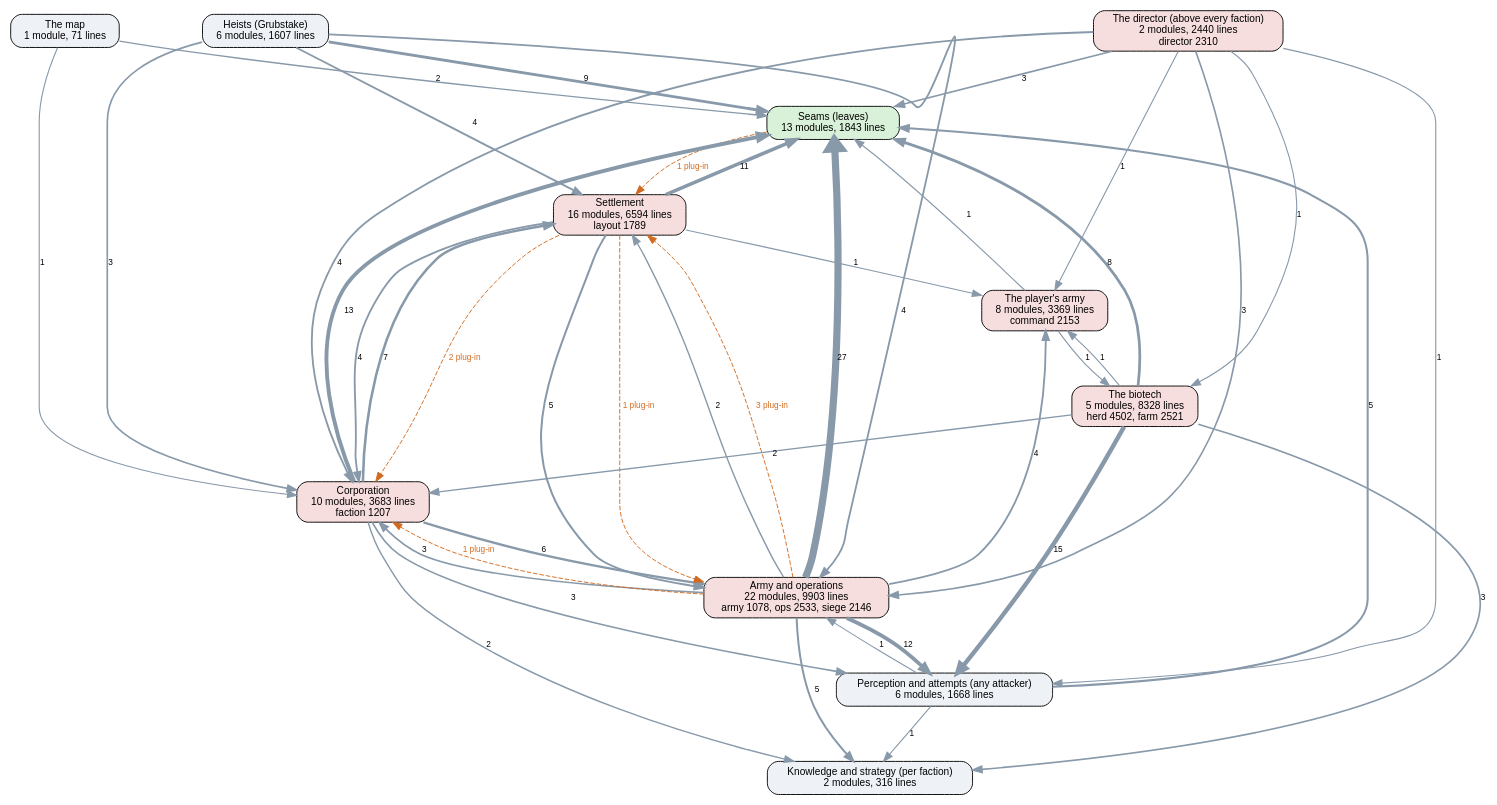
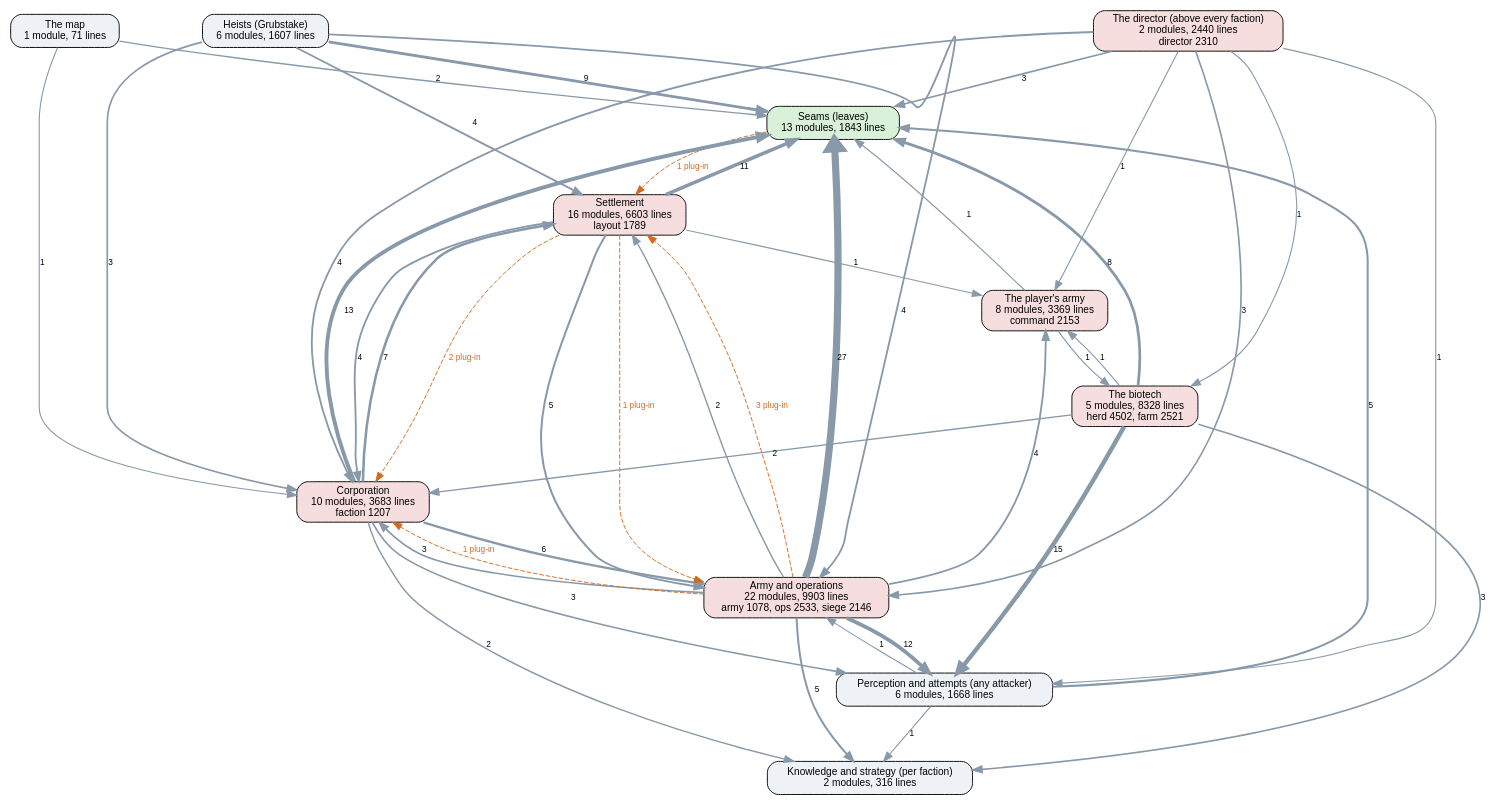
One commit to kinelhu/landing-party changed the diagram in docs/ai-layers.dot. Above: the diagram before and after it, drawn with Graphviz. The commit also changed 15 other files, not shown here.

```diff
--- a/docs/ai-layers.dot
+++ b/docs/ai-layers.dot
@@ -1,58 +1,58 @@
 digraph layers {
   graph [rankdir=TB, fontname="Helvetica", nodesep=0.5, ranksep=0.7];
   node [shape=box, style="rounded,filled", fontname="Helvetica", fontsize=11, fillcolor="#eef2f7"];
   edge [color="#8899aa", fontname="Helvetica", fontsize=9];
   "Seams (leaves)" [label="Seams (leaves)\n13 modules, 1843 lines", fillcolor="#d9f0d9"];
   "Perception and attempts (any attacker)" [label="Perception and attempts (any attacker)\n6 modules, 1668 lines", fillcolor="#eef2f7"];
   "Knowledge and strategy (per faction)" [label="Knowledge and strategy (per faction)\n2 modules, 316 lines", fillcolor="#eef2f7"];
   "The director (above every faction)" [label="The director (above every faction)\n2 modules, 2440 lines\ndirector 2310", fillcolor="#f7dede"];
   "Corporation" [label="Corporation\n10 modules, 3683 lines\nfaction 1207", fillcolor="#f7dede"];
-  "Settlement" [label="Settlement\n16 modules, 6594 lines\nlayout 1789", fillcolor="#f7dede"];
+  "Settlement" [label="Settlement\n16 modules, 6603 lines\nlayout 1789", fillcolor="#f7dede"];
   "Army and operations" [label="Army and operations\n22 modules, 9903 lines\narmy 1078, ops 2533, siege 2146", fillcolor="#f7dede"];
   "Heists (Grubstake)" [label="Heists (Grubstake)\n6 modules, 1607 lines", fillcolor="#eef2f7"];
   "The biotech" [label="The biotech\n5 modules, 8328 lines\nherd 4502, farm 2521", fillcolor="#f7dede"];
   "The map" [label="The map\n1 module, 71 lines", fillcolor="#eef2f7"];
   "The player's army" [label="The player's army\n8 modules, 3369 lines\ncommand 2153", fillcolor="#f7dede"];
   "Army and operations" -> "Corporation" [label="3", penwidth=1.8];
   "Army and operations" -> "Knowledge and strategy (per faction)" [label="5", penwidth=2.2];
   "Army and operations" -> "Perception and attempts (any attacker)" [label="12", penwidth=4.0];
   "Army and operations" -> "Seams (leaves)" [label="27", penwidth=7.8];
   "Army and operations" -> "Settlement" [label="2", penwidth=1.5];
   "Army and operations" -> "The player's army" [label="4", penwidth=2.0];
   "Corporation" -> "Army and operations" [label="6", penwidth=2.5];
   "Corporation" -> "Knowledge and strategy (per faction)" [label="2", penwidth=1.5];
   "Corporation" -> "Perception and attempts (any attacker)" [label="3", penwidth=1.8];
   "Corporation" -> "Seams (leaves)" [label="13", penwidth=4.2];
   "Corporation" -> "Settlement" [label="7", penwidth=2.8];
   "Heists (Grubstake)" -> "Army and operations" [label="4", penwidth=2.0];
   "Heists (Grubstake)" -> "Corporation" [label="3", penwidth=1.8];
   "Heists (Grubstake)" -> "Seams (leaves)" [label="9", penwidth=3.2];
   "Heists (Grubstake)" -> "Settlement" [label="4", penwidth=2.0];
   "Perception and attempts (any attacker)" -> "Army and operations" [label="1", penwidth=1.2];
   "Perception and attempts (any attacker)" -> "Knowledge and strategy (per faction)" [label="1", penwidth=1.2];
   "Perception and attempts (any attacker)" -> "Seams (leaves)" [label="5", penwidth=2.2];
   "Settlement" -> "Army and operations" [label="5", penwidth=2.2];
   "Settlement" -> "Corporation" [label="4", penwidth=2.0];
   "Settlement" -> "Seams (leaves)" [label="11", penwidth=3.8];
   "Settlement" -> "The player's army" [label="1", penwidth=1.2];
   "The biotech" -> "Corporation" [label="2", penwidth=1.5];
   "The biotech" -> "Knowledge and strategy (per faction)" [label="3", penwidth=1.8];
   "The biotech" -> "Perception and attempts (any attacker)" [label="15", penwidth=4.8];
   "The biotech" -> "Seams (leaves)" [label="8", penwidth=3.0];
   "The biotech" -> "The player's army" [label="1", penwidth=1.2];
   "The director (above every faction)" -> "Army and operations" [label="3", penwidth=1.8];
   "The director (above every faction)" -> "Corporation" [label="4", penwidth=2.0];
   "The director (above every faction)" -> "Perception and attempts (any attacker)" [label="1", penwidth=1.2];
   "The director (above every faction)" -> "Seams (leaves)" [label="3", penwidth=1.8];
   "The director (above every faction)" -> "The biotech" [label="1", penwidth=1.2];
   "The director (above every faction)" -> "The player's army" [label="1", penwidth=1.2];
   "The map" -> "Corporation" [label="1", penwidth=1.2];
   "The map" -> "Seams (leaves)" [label="2", penwidth=1.5];
   "The player's army" -> "Seams (leaves)" [label="1", penwidth=1.2];
   "The player's army" -> "The biotech" [label="1", penwidth=1.2];
   "Army and operations" -> "Corporation" [style=dashed, color="#d2691e", fontcolor="#d2691e", label="1 plug-in"];
   "Army and operations" -> "Settlement" [style=dashed, color="#d2691e", fontcolor="#d2691e", label="3 plug-in"];
   "Seams (leaves)" -> "Settlement" [style=dashed, color="#d2691e", fontcolor="#d2691e", label="1 plug-in"];
   "Settlement" -> "Army and operations" [style=dashed, color="#d2691e", fontcolor="#d2691e", label="1 plug-in"];
   "Settlement" -> "Corporation" [style=dashed, color="#d2691e", fontcolor="#d2691e", label="2 plug-in"];
 }
```
